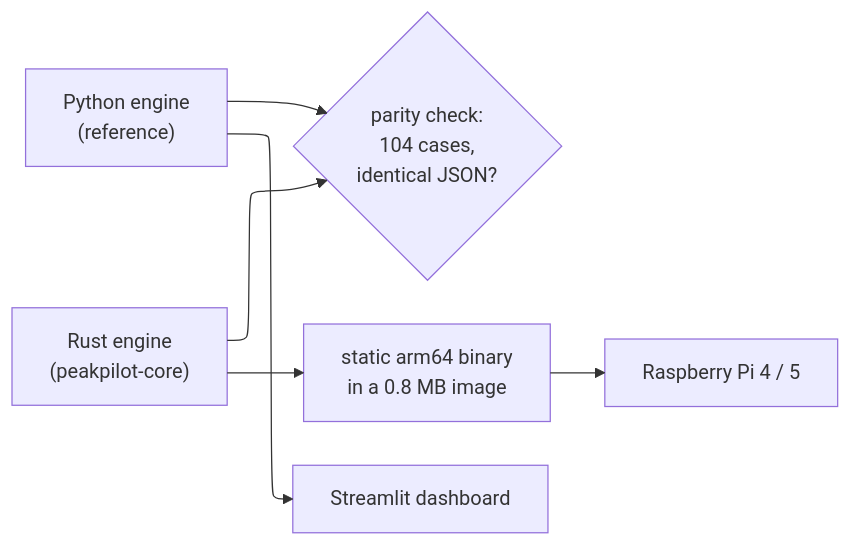
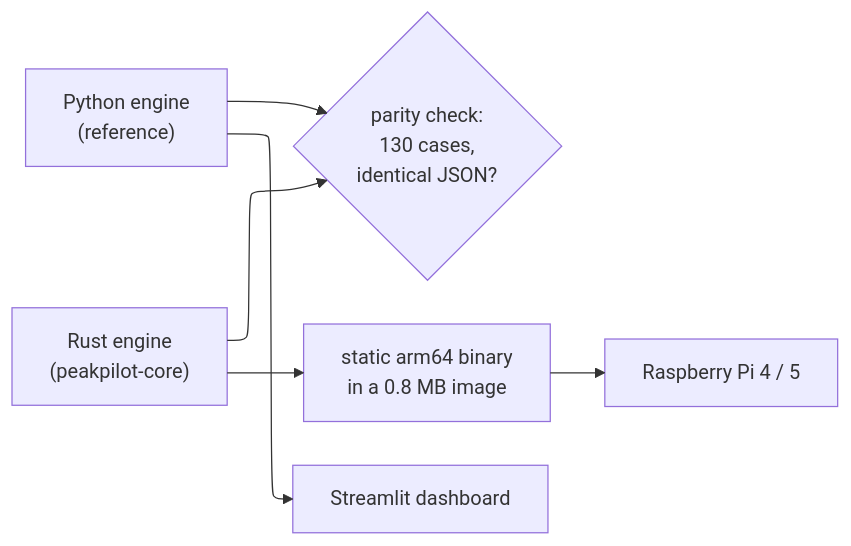
Before and after one commit to sohampatwardhan/PeakPilot: the fourth of 4 diagrams in README.md, drawn with Mermaid. The commit also changed other lines of this file and 19 other files, not shown here.

````diff
--- a/README.md
+++ b/README.md
@@ -305,12 +311,12 @@
 ```mermaid
 ---
 config:
   layout: elk
 ---
 flowchart LR
-    PY["Python engine\n(reference)"] --> PAR{"parity check:\n104 cases,\nidentical JSON?"}
+    PY["Python engine\n(reference)"] --> PAR{"parity check:\n130 cases,\nidentical JSON?"}
     RS["Rust engine\n(peakpilot-core)"] --> PAR
     RS --> BIN["static arm64 binary\nin a 0.8 MB image"]
     BIN --> PI["Raspberry Pi 4 / 5"]
     PY --> UI["Streamlit dashboard"]
 ```
````
